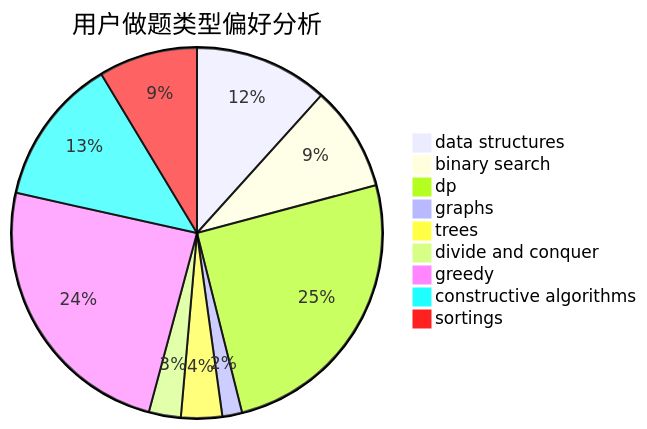
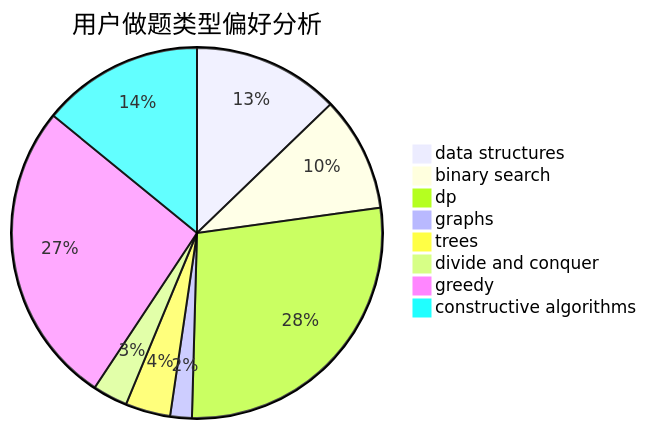
The second of 3 diagrams in docs/user/u257.md (sherpahu/cfrs.github.io), drawn with Mermaid before and after one commit. The commit also changed other lines of this file and 2769 other files, not shown here.

````diff
--- a/docs/user/u257.md
+++ b/docs/user/u257.md
@@ -18,12 +18,11 @@
 ```mermaid
 pie title 用户做题类型偏好分析
     "data structures" :  88
     "binary search" :  69
     "dp" :  190
     "graphs" :  13
     "trees" :  27
     "divide and conquer" :  21
     "greedy" :  183
     "constructive algorithms" :  97
-    "sortings" :  65
 ```
````
